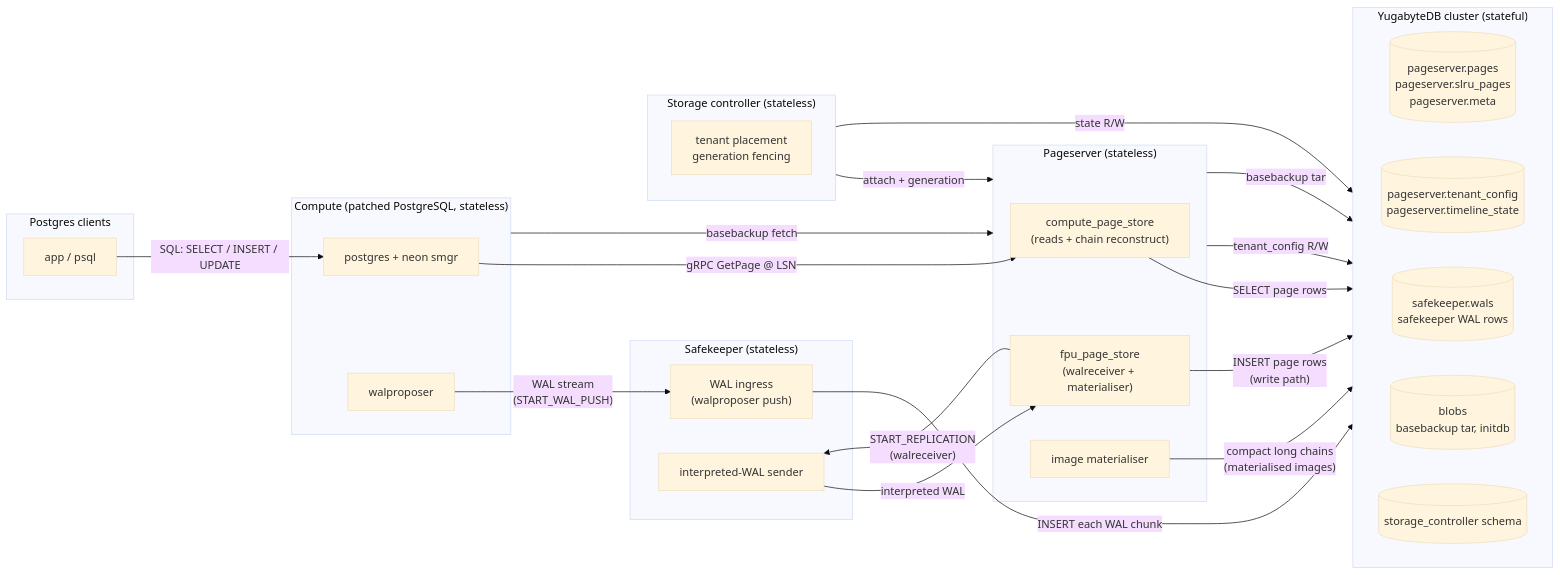
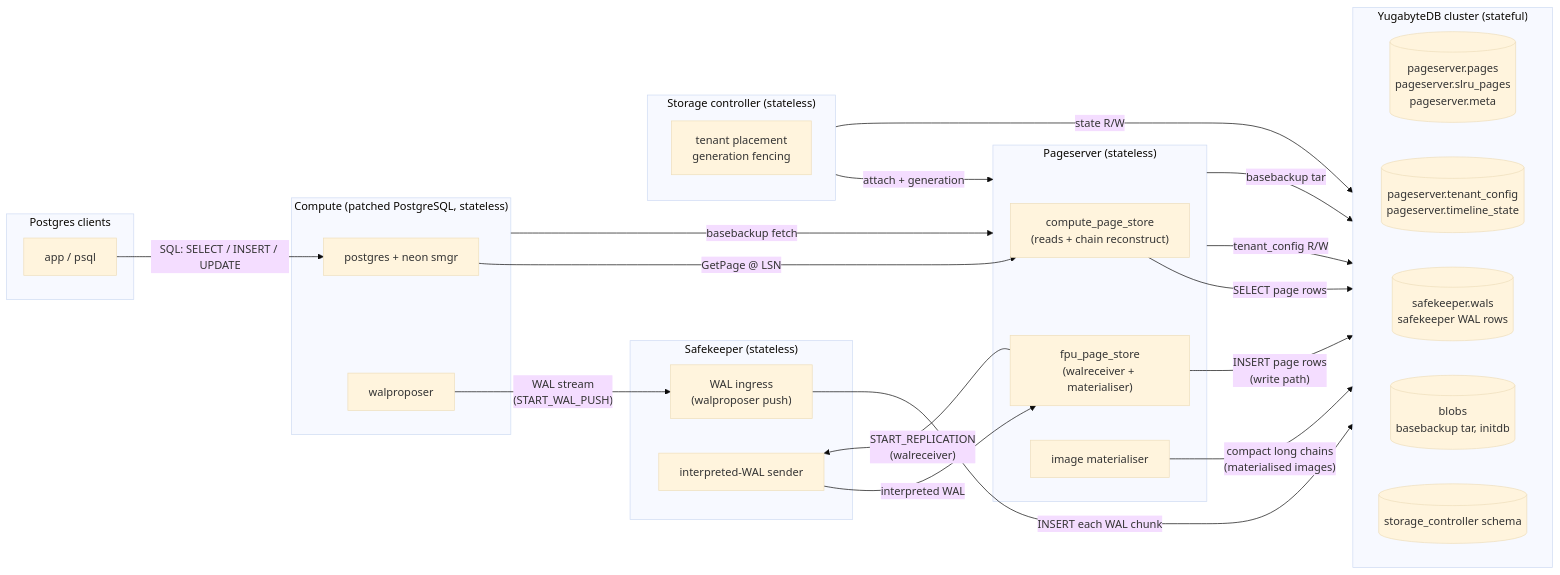
The diagram in README.md (yugabyte/meko), drawn with Mermaid (base theme) before and after one commit.

Commit message:
docs: shorten the GetPage edge label to "GetPage @ LSN"
---
_automated · Claude Code (Opus 4.8)_

````diff
--- a/README.md
+++ b/README.md
@@ -28,50 +28,50 @@
 ```mermaid
 flowchart LR
     subgraph clients["Postgres clients"]
         app["app / psql"]
     end
 
     subgraph compute["Compute (patched PostgreSQL, stateless)"]
         pg["postgres + neon smgr"]
         wp["walproposer"]
     end
 
     subgraph sk["Safekeeper (stateless)"]
         skp["WAL ingress<br/>(walproposer push)"]
         sks["interpreted-WAL sender"]
     end
 
     subgraph ps["Pageserver (stateless)"]
         cps["compute_page_store<br/>(reads + chain reconstruct)"]
         fps["fpu_page_store<br/>(walreceiver + materialiser)"]
         mat["image materialiser"]
     end
 
     subgraph sc["Storage controller (stateless)"]
         sct["tenant placement<br/>generation fencing"]
     end
 
     subgraph yb["YugabyteDB cluster (stateful)"]
         direction LR
         tblPages[("pageserver.pages<br/>pageserver.slru_pages<br/>pageserver.meta")]
         tblConf[("pageserver.tenant_config<br/>pageserver.timeline_state")]
         tblWal[("safekeeper.wals<br/>safekeeper WAL rows")]
         tblBlob[("blobs<br/>basebackup tar, initdb")]
         tblSc[("storage_controller schema")]
     end
 
     app -- "SQL: SELECT / INSERT / UPDATE" --> pg
-    pg -- "gRPC GetPage @ LSN" --> cps
+    pg -- "GetPage @ LSN" --> cps
     wp -- "WAL stream<br/>(START_WAL_PUSH)" --> skp
     skp -- "INSERT each WAL chunk" --> tblWal
     fps -- "START_REPLICATION<br/>(walreceiver)" --> sks
     sks -- "interpreted WAL" --> fps
     cps -- "SELECT page rows" --> tblPages
     fps -- "INSERT page rows<br/>(write path)" --> tblPages
     mat -- "compact long chains<br/>(materialised images)" --> tblPages
     ps -- "tenant_config R/W" --> tblConf
     sc -- "attach + generation" --> ps
     sc -- "state R/W" --> tblSc
     ps -- "basebackup tar" --> tblBlob
     compute -- "basebackup fetch" --> ps
 ```
````
